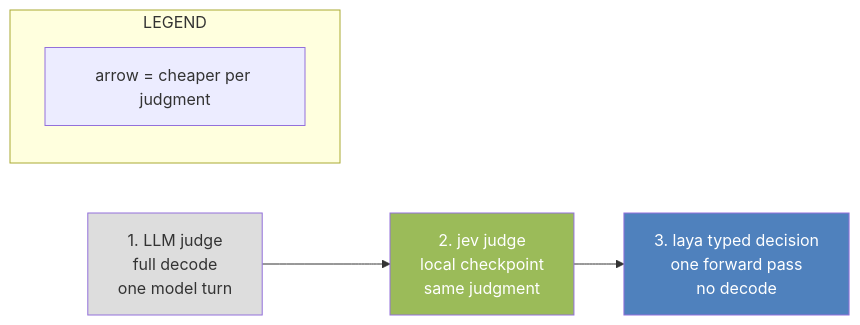
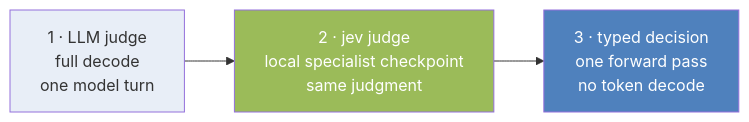
Before and after one commit to NTDuck/ARCMiS: the sixth of 6 diagrams in docs/slides/slides.md, drawn with Mermaid. The commit also changed other lines of this file and 235 other files, not shown here.

````diff
--- a/docs/slides/slides.md
+++ b/docs/slides/slides.md
@@ -638,14 +495,10 @@
 ```mermaid
 flowchart LR
-  A["1. LLM judge<br/>full decode<br/>one model turn"] --> B["2. jev judge<br/>local checkpoint<br/>same judgment"]
-  B --> C["3. laya typed decision<br/>one forward pass<br/>no decode"]
-  subgraph LEGEND["LEGEND"]
-    D["arrow = cheaper per judgment"]
-  end
-  classDef c1 fill:#dddddd
+  A["1 · LLM judge<br/>full decode<br/>one model turn"] --> B["2 · jev judge<br/>local specialist checkpoint<br/>same judgment"] --> C["3 · typed decision<br/>one forward pass<br/>no token decode"]
+  classDef c1 fill:#e8eef7
   classDef c2 fill:#9BBB59,color:#fff
   classDef c3 fill:#4F81BD,color:#fff
   class A c1
   class B c2
   class C c3
 ```
````
